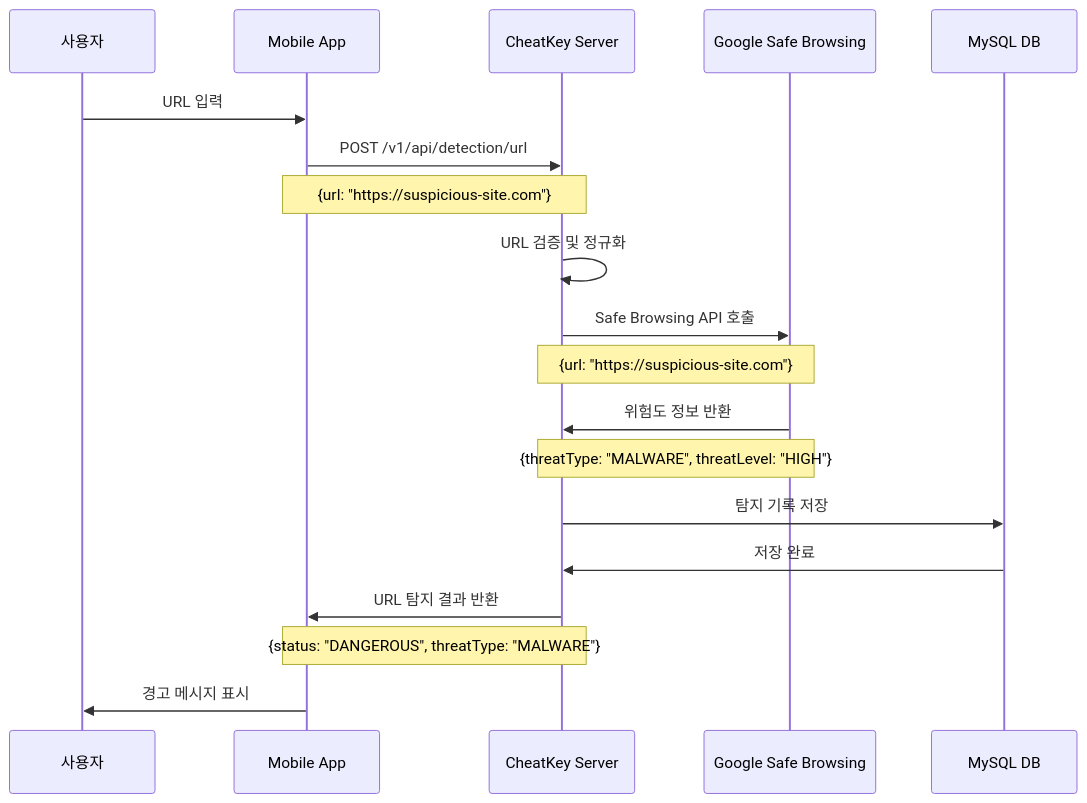
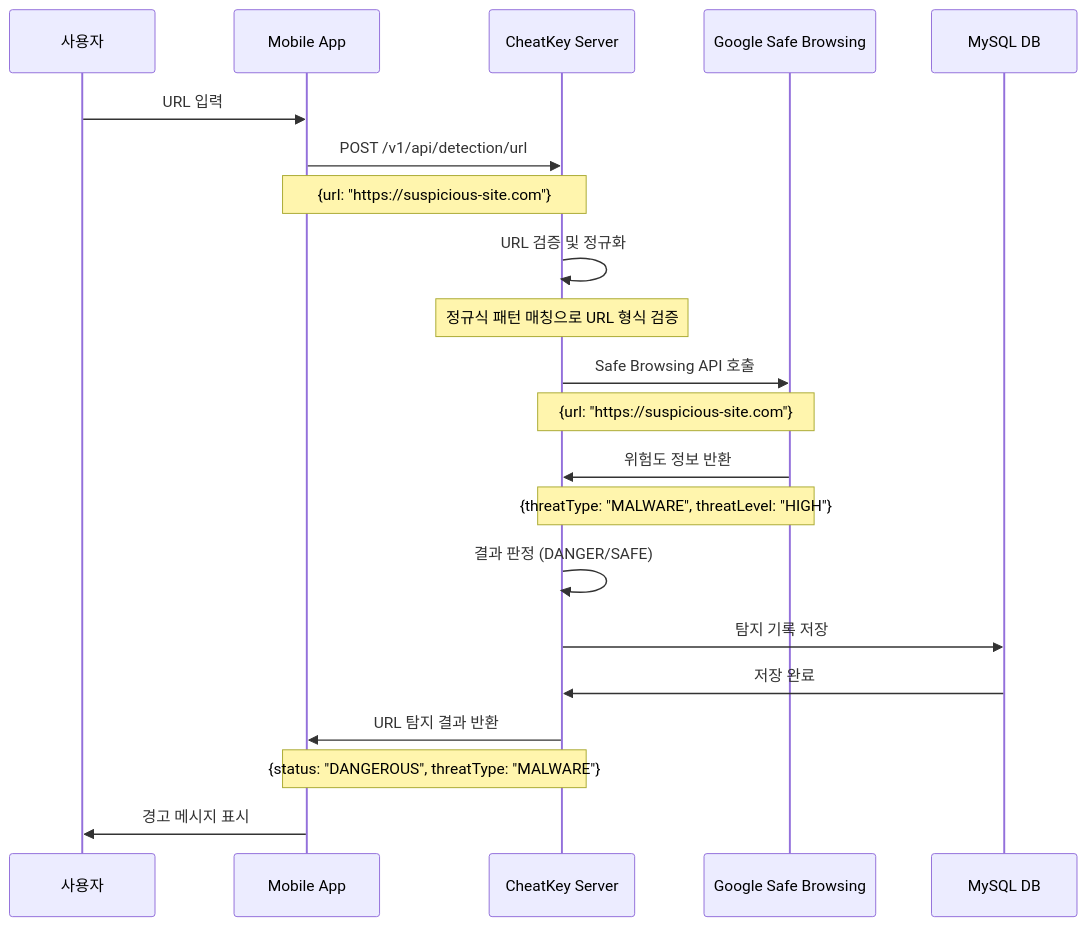
Before and after one commit to Central-MakeUs/CheatKey-Server: the second of 10 diagrams in docs/flows/sequence.md, drawn with Mermaid. The commit also changed other lines of this file and 6 other files, not shown here.

````diff
--- a/docs/flows/sequence.md
+++ b/docs/flows/sequence.md
@@ -43,26 +53,29 @@
 ```mermaid
 sequenceDiagram
     participant U as 사용자
     participant App as Mobile App
     participant Server as CheatKey Server
     participant Google as Google Safe Browsing
     participant DB as MySQL DB
     
     U->>App: URL 입력
     App->>Server: POST /v1/api/detection/url
     Note over App,Server: {url: "https://suspicious-site.com"}
     
     Server->>Server: URL 검증 및 정규화
+    Note over Server: 정규식 패턴 매칭으로 URL 형식 검증
+    
     Server->>Google: Safe Browsing API 호출
     Note over Server,Google: {url: "https://suspicious-site.com"}
     
     Google->>Server: 위험도 정보 반환
     Note over Google,Server: {threatType: "MALWARE", threatLevel: "HIGH"}
     
+    Server->>Server: 결과 판정 (DANGER/SAFE)
     Server->>DB: 탐지 기록 저장
     DB->>Server: 저장 완료
     
     Server->>App: URL 탐지 결과 반환
     Note over Server,App: {status: "DANGEROUS", threatType: "MALWARE"}
     App->>U: 경고 메시지 표시
 ```
````
